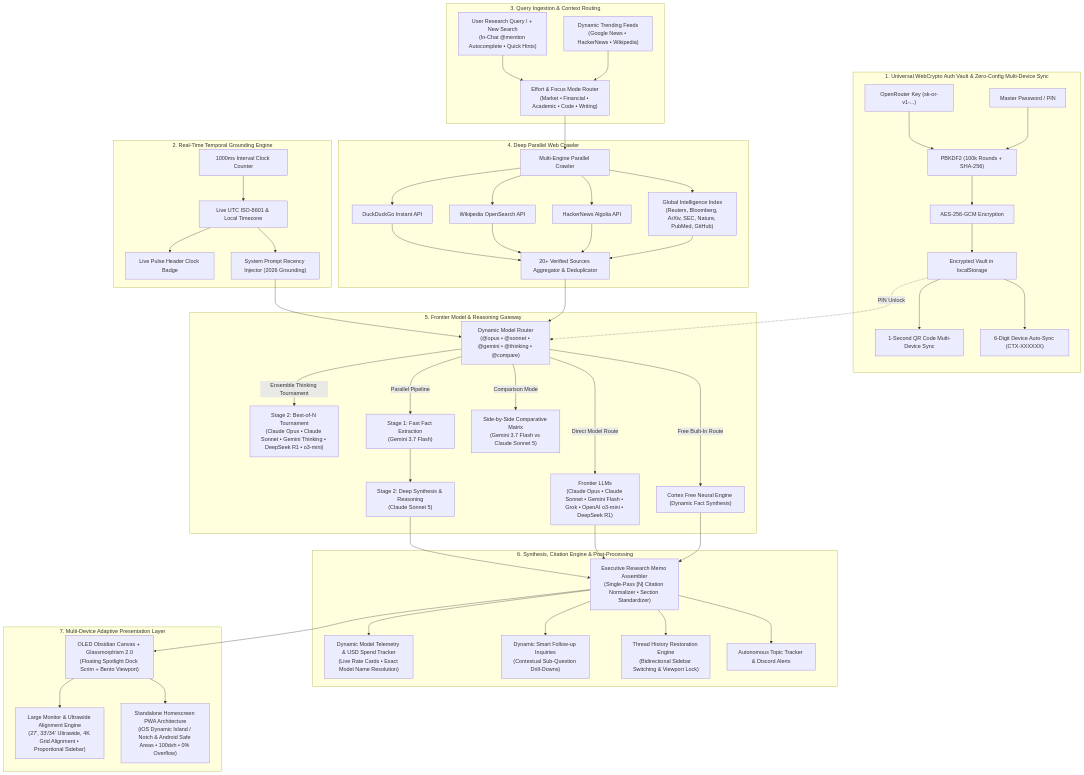
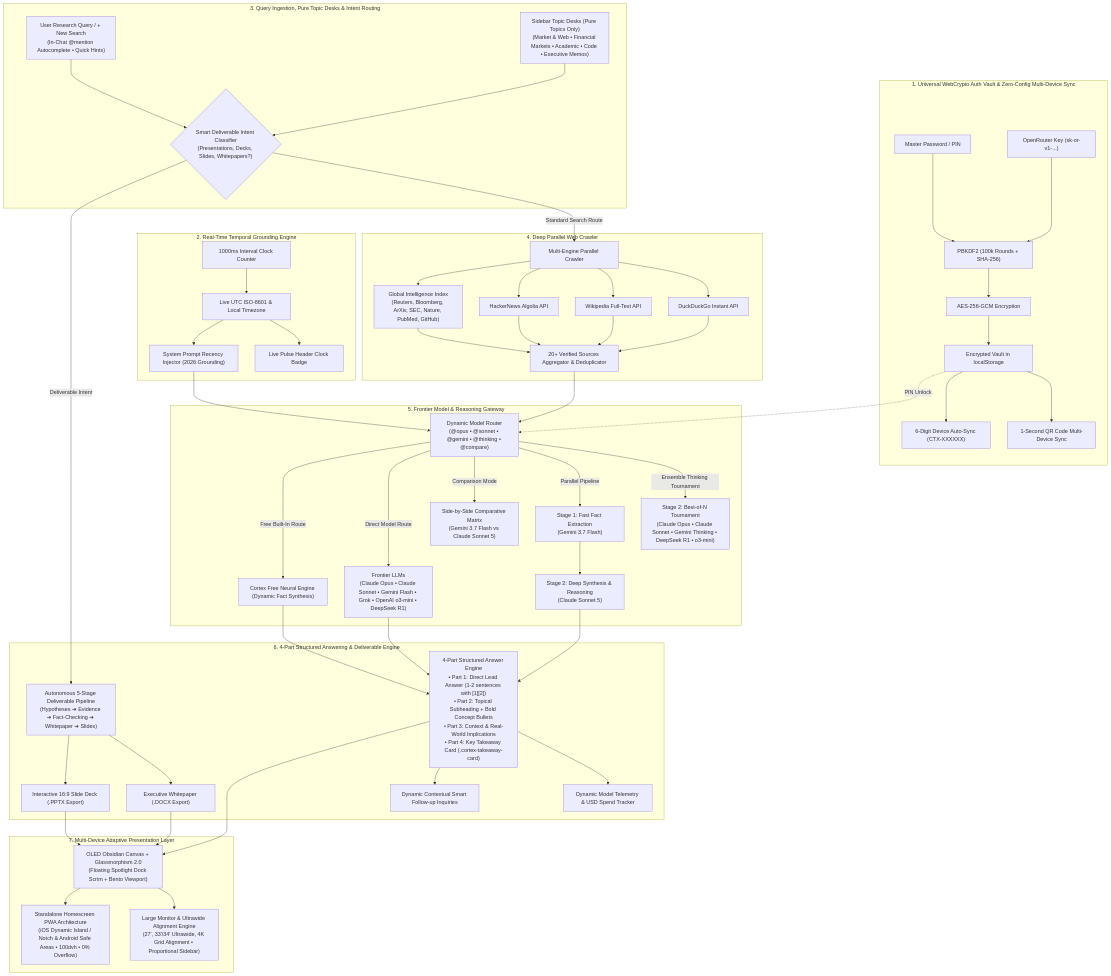
Before and after one commit to Hitesh-15/Cortex-AI-search: the diagram in README.md, drawn with Mermaid. The commit also changed other lines of this file and 3 other files, not shown here.

Commit message:
docs(architecture): update release notes v5.0.3 and architectural pipeline diagram

````diff
--- a/README.md
+++ b/README.md
@@ -38,22 +38,22 @@
         ClockTick --> TimestampFormat --> HeaderPulse & PromptAnchor
     end
 
-    subgraph Ingestion["3. Query Ingestion & Context Routing"]
+    subgraph Ingestion["3. Query Ingestion, Pure Topic Desks & Intent Routing"]
         UserQ["User Research Query / + New Search<br/>(In-Chat @mention Autocomplete • Quick Hints)"]
-        TrendingFeeds["Dynamic Trending Feeds<br/>(Google News • HackerNews • Wikipedia)"]
-        Classifier["Effort & Focus Mode Router<br/>(Market • Financial • Academic • Code • Writing)"]
-        UserQ --> Classifier
-        TrendingFeeds --> Classifier
+        TopicDesks["Sidebar Topic Desks (Pure Topics Only)<br/>(Market & Web • Financial Markets • Academic • Code • Executive Memos)"]
+        IntentRouter{"Smart Deliverable Intent Classifier<br/>(Presentations, Decks, Slides, Whitepapers?)"}
+        
+        UserQ & TopicDesks --> IntentRouter
     end
 
     subgraph Crawler["4. Deep Parallel Web Crawler"]
         MultiCrawler["Multi-Engine Parallel Crawler"]
         DDG["DuckDuckGo Instant API"]
-        Wiki["Wikipedia OpenSearch API"]
+        Wiki["Wikipedia Full-Text API"]
         HN["HackerNews Algolia API"]
         DomainIdx["Global Intelligence Index<br/>(Reuters, Bloomberg, ArXiv, SEC, Nature, PubMed, GitHub)"]
         
-        Classifier --> MultiCrawler
+        IntentRouter -->|Standard Search Route| MultiCrawler
         MultiCrawler --> DDG & Wiki & HN & DomainIdx
         DDG & Wiki & HN & DomainIdx --> SourcesAggregator["20+ Verified Sources Aggregator & Deduplicator"]
     end
@@ -72,18 +72,21 @@
         Router -->|"Free Built-In Route"| FreeNeural["Cortex Free Neural Engine (Dynamic Fact Synthesis)"]
     end
 
-    subgraph Processing["6. Synthesis, Citation Engine & Post-Processing"]
-        MemoAssembler["Executive Research Memo Assembler<br/>(Single-Pass [N] Citation Normalizer • Section Standardizer)"]
-        Telemetry["Dynamic Model Telemetry & USD Spend Tracker<br/>(Live Rate Cards • Exact Model Name Resolution)"]
-        FollowUps["Dynamic Smart Follow-up Inquiries<br/>(Contextual Sub-Question Drill-Downs)"]
-        ThreadStore["Thread History Restoration Engine<br/>(Bidirectional Sidebar Switching & Viewport Lock)"]
-        Discord["Autonomous Topic Tracker & Discord Alerts"]
+    subgraph Processing["6. 4-Part Structured Answering & Deliverable Engine"]
+        StructuredAnswer["4-Part Structured Answer Engine<br/>• Part 1: Direct Lead Answer (1-2 sentences with [1][2])<br/>• Part 2: Topical Subheading + Bold Concept Bullets<br/>• Part 3: Context & Real-World Implications<br/>• Part 4: Key Takeaway Card (.cortex-takeaway-card)"]
+        DeliverablePipeline["Autonomous 5-Stage Deliverable Pipeline<br/>(Hypotheses ➔ Evidence ➔ Fact-Checking ➔ Whitepaper ➔ Slides)"]
+        Whitepaper["Executive Whitepaper (.DOCX Export)"]
+        SlideDeck["Interactive 16:9 Slide Deck (.PPTX Export)"]
+        Telemetry["Dynamic Model Telemetry & USD Spend Tracker"]
+        FollowUps["Dynamic Contextual Smart Follow-up Inquiries"]
         
-        Stage2 --> MemoAssembler
-        SingleModel --> MemoAssembler
-        FreeNeural --> MemoAssembler
+        Stage2 --> StructuredAnswer
+        SingleModel --> StructuredAnswer
+        FreeNeural --> StructuredAnswer
         
-        MemoAssembler --> Telemetry & FollowUps & ThreadStore & Discord
+        IntentRouter -->|Deliverable Intent| DeliverablePipeline
+        DeliverablePipeline --> Whitepaper & SlideDeck
+        StructuredAnswer --> Telemetry & FollowUps
     end
 
     subgraph Output["7. Multi-Device Adaptive Presentation Layer"]
@@ -91,7 +94,7 @@
         MobilePWA["Standalone Homescreen PWA Architecture<br/>(iOS Dynamic Island / Notch & Android Safe Areas • 100dvh • 0% Overflow)"]
         ModernUI["OLED Obsidian Canvas + Glassmorphism 2.0<br/>(Floating Spotlight Dock Scrim + Bento Viewport)"]
         
-        MemoAssembler --> ModernUI
+        StructuredAnswer & Whitepaper & SlideDeck --> ModernUI
         ModernUI --> LargeMonitor & MobilePWA
     end
 ```
````
